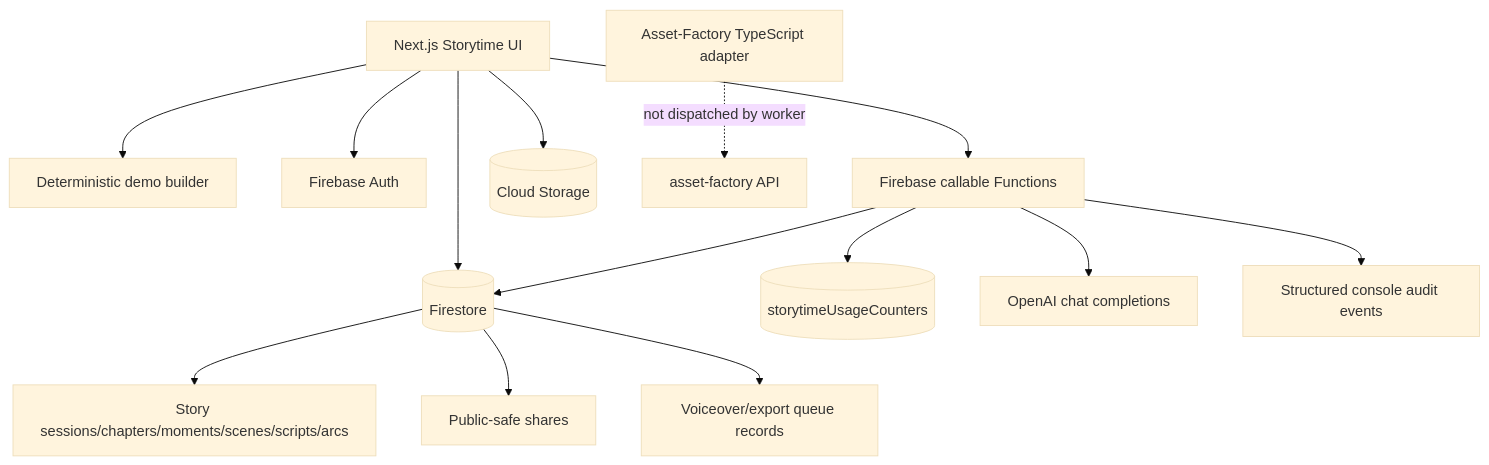
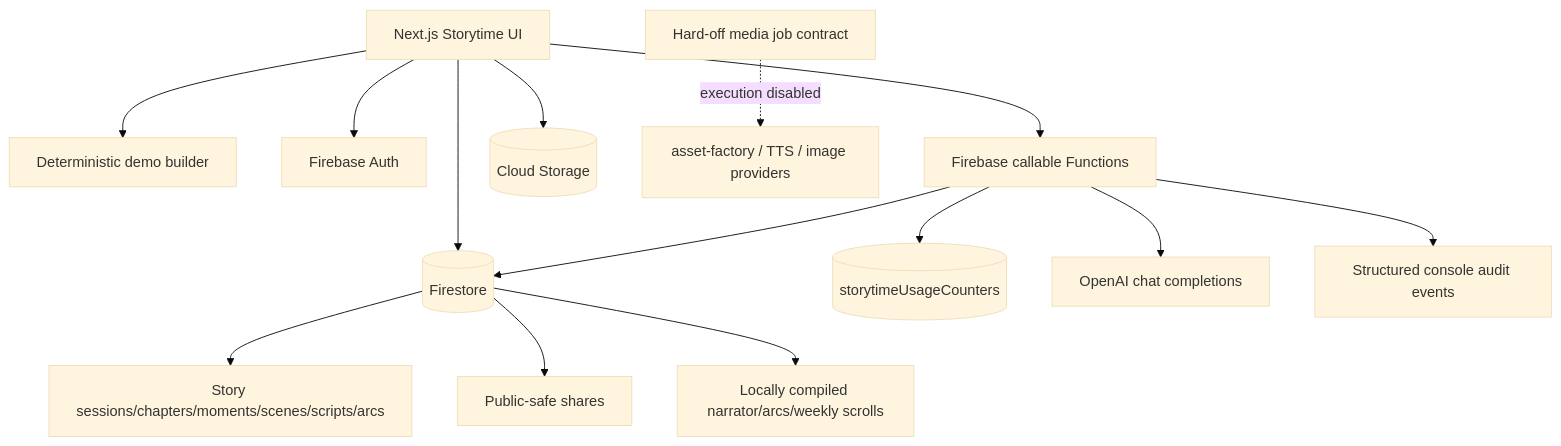
One commit to LifeLoggerAI/urai-storytime changed the first of 2 diagrams in docs/ARCHITECTURE.md. Above: the diagram before and after it, drawn with Mermaid (base theme). The commit also changed other lines of this file, not shown here.

Commit message:
Docs: reconcile Storytime media callable authority

````diff
--- a/docs/ARCHITECTURE.md
+++ b/docs/ARCHITECTURE.md
@@ -12,20 +12,20 @@
 ```mermaid
 flowchart TB
   Browser[Next.js Storytime UI]
   Browser --> Demo[Deterministic demo builder]
   Browser --> Auth[Firebase Auth]
   Browser --> FS[(Firestore)]
   Browser --> Fn[Firebase callable Functions]
   Browser --> Storage[(Cloud Storage)]
 
   Fn --> Quota[(storytimeUsageCounters)]
   Fn --> OpenAI[OpenAI chat completions]
   Fn --> FS
   Fn --> Logs[Structured console audit events]
 
   FS --> Sessions[Story sessions/chapters/moments/scenes/scripts/arcs]
   FS --> Shares[Public-safe shares]
-  FS --> Jobs[Voiceover/export queue records]
+  FS --> Local[Locally compiled narrator/arcs/weekly scrolls]
 
-  Adapter[Asset-Factory TypeScript adapter] -. not dispatched by worker .-> AssetFactory[asset-factory API]
+  MediaContract[Hard-off media job contract] -. execution disabled .-> AssetFactory[asset-factory / TTS / image providers]
 ```
````
